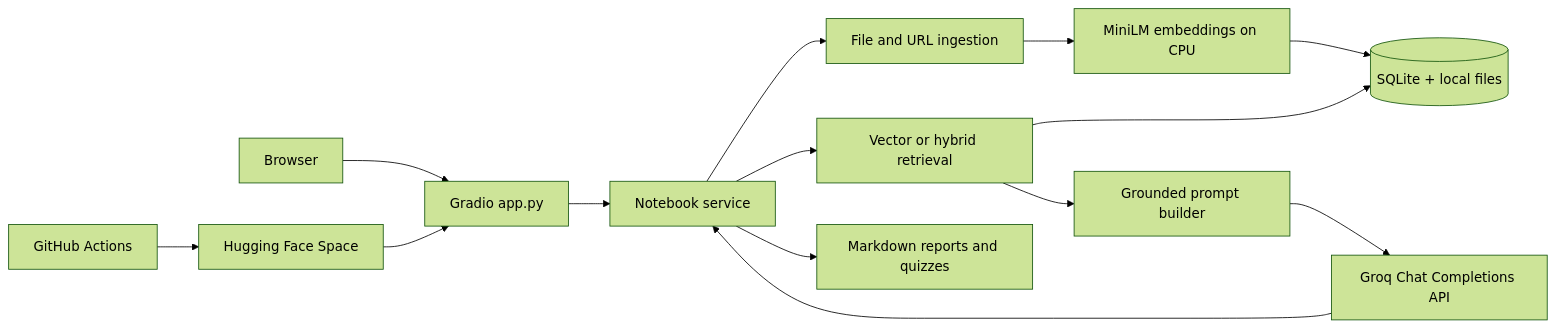
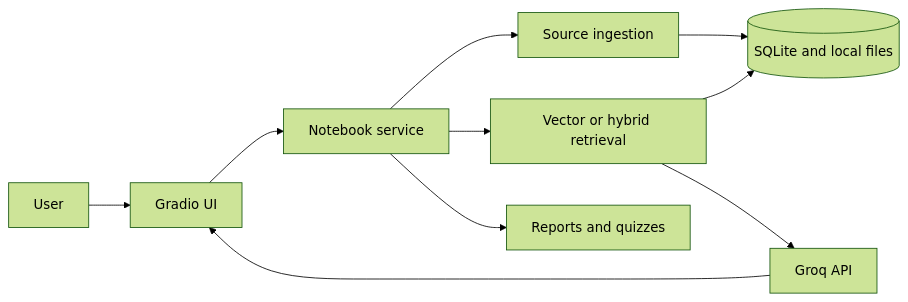
One commit to PrachiPatel556/ITCS_5010_NotebookLM changed the diagram in ARCHITECTURE.md. Above: the diagram before and after it, drawn with Mermaid (forest theme). The commit also changed other lines of this file and 9 other files, not shown here.

````diff
--- a/ARCHITECTURE.md
+++ b/ARCHITECTURE.md
@@ -5,16 +5,12 @@
 ```mermaid
 flowchart LR
-    User[Browser] --> UI[Gradio app.py]
+    User[User] --> UI[Gradio UI]
     UI --> Service[Notebook service]
-    Service --> Ingest[File and URL ingestion]
-    Ingest --> Embed[MiniLM embeddings on CPU]
-    Embed --> Store[(SQLite + local files)]
-    Service --> Retrieve[Vector or hybrid retrieval]
-    Retrieve --> Store
-    Retrieve --> Prompt[Grounded prompt builder]
-    Prompt --> Groq[Groq Chat Completions API]
-    Groq --> Service
-    Service --> Artifacts[Markdown reports and quizzes]
-    Actions[GitHub Actions] --> Space[Hugging Face Space]
-    Space --> UI
+    Service --> Ingest[Source ingestion]
+    Ingest --> Store[(SQLite and local files)]
+    Service --> Search[Vector or hybrid retrieval]
+    Search --> Store
+    Search --> Groq[Groq API]
+    Groq --> UI
+    Service --> Artifacts[Reports and quizzes]
 ```
````
